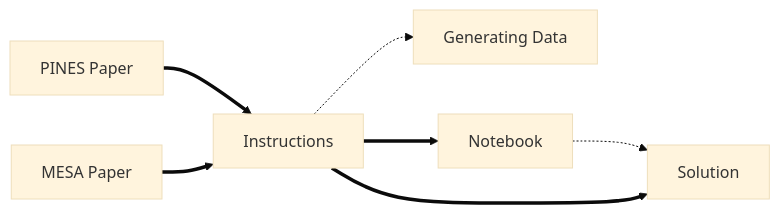
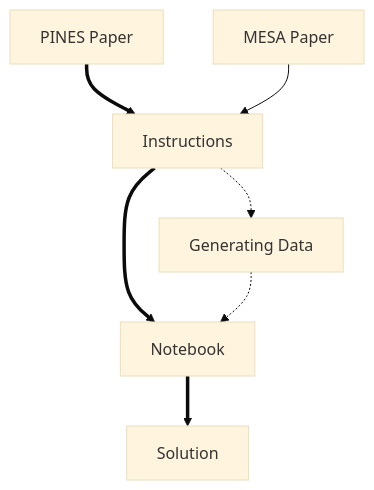
One commit to aniruddha-seal/pines_tutorial changed the diagram in NAVIGATION.md. Above: the diagram before and after it, drawn with Mermaid (base theme).

````diff
--- a/NAVIGATION.md
+++ b/NAVIGATION.md
@@ -1,15 +1,15 @@
 ```mermaid
-flowchart LR;
+flowchart TB;
   A[PINES Paper] ==> C[Instructions] 
-  B[MESA Paper] ==> C
+  B[MESA Paper] --> C
   C -.-> E[Generating Data];
   C ==> D[Notebook];
-  D -.-> F;
-  C ==> F[Solution];
+  E -.-> D;
+  D ==> F[Solution];
   click A "ref1" "The paper about the PINES method introduced in this tutorial";
   click B "ref2" "The paper about the MESA method, the previous iteration of PINES which is not permutation invariant";
   click C "INSTRUCTIONS.md" "A very brief introduction to PINES and the instructions for the exercises";
   click E "data/" "Generating data for the tutorial";
   click D "notebooks/exercise.ipynb" "A python notebook file containing the exercise";
   click F "notebooks/solution.ipynb" "A python notebook that contains solutions to the exercises";
 ```
````
